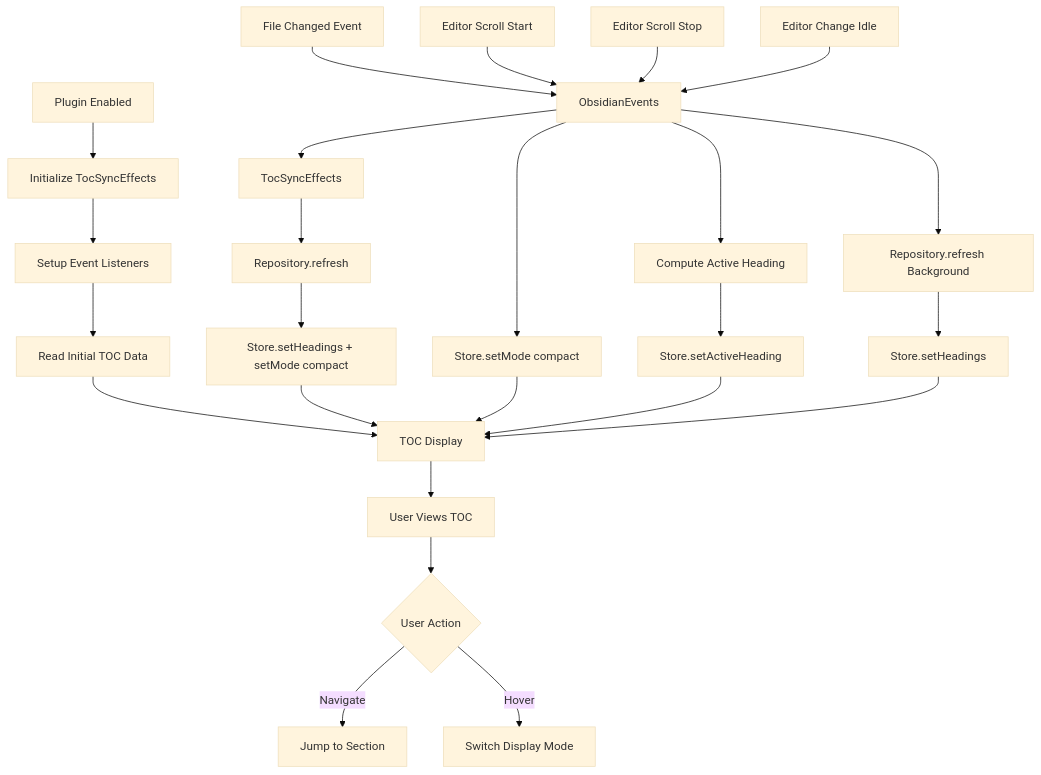
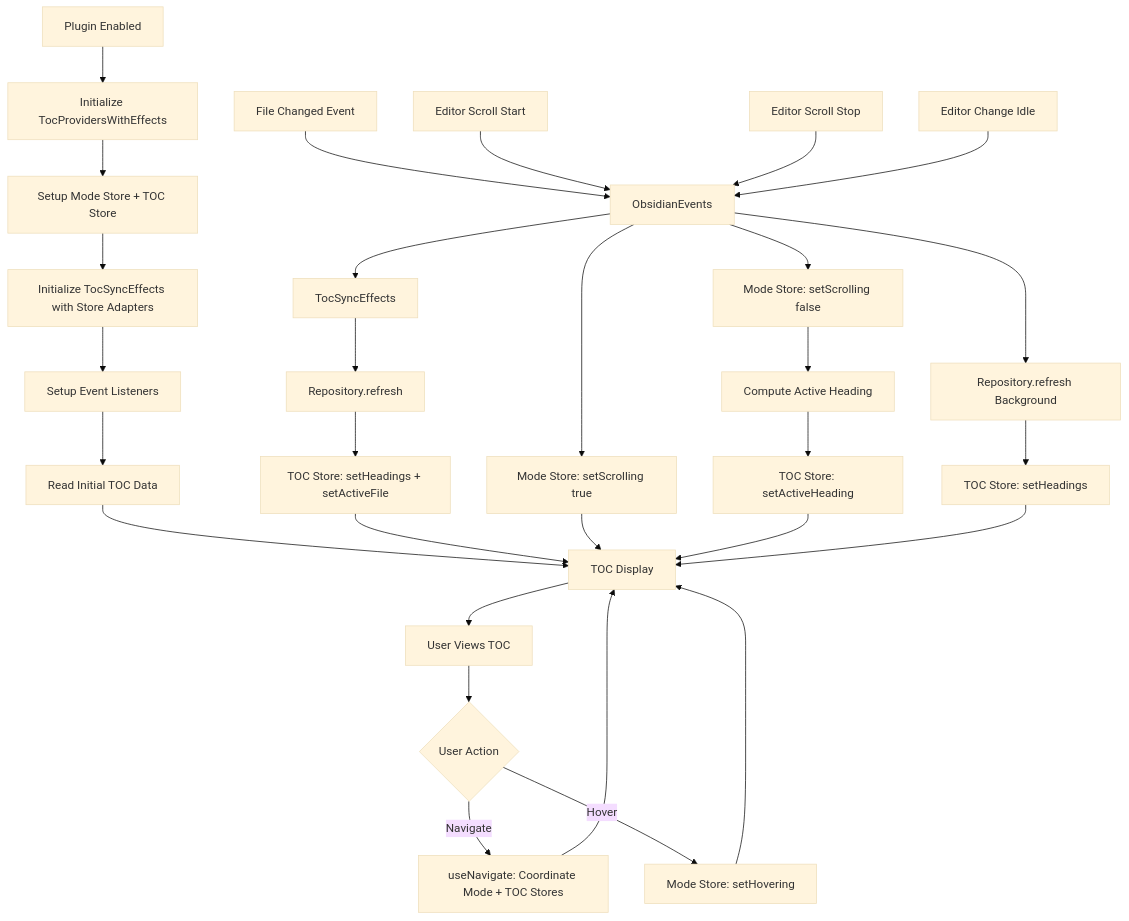
The diagram in doc/specs/float_toc/architecture.md (liux4989/MDViewer), drawn with Mermaid (base theme) before and after one commit. The commit also changed other lines of this file and 30 other files, not shown here.

````diff
--- a/doc/specs/float_toc/architecture.md
+++ b/doc/specs/float_toc/architecture.md
@@ -198,32 +280,37 @@
 ```mermaid
 flowchart TD
-    A[Plugin Enabled] --> B[Initialize TocSyncEffects]
-    B --> C[Setup Event Listeners]
-    C --> D[Read Initial TOC Data]
-    D --> E[TOC Display]
+    A[Plugin Enabled] --> B[Initialize TocProvidersWithEffects]
+    B --> C[Setup Mode Store + TOC Store]
+    C --> D[Initialize TocSyncEffects with Store Adapters]
+    D --> E[Setup Event Listeners]
+    E --> F[Read Initial TOC Data]
+    F --> G[TOC Display]
 
-    F[File Changed Event] --> G[ObsidianEvents]
-    G --> H[TocSyncEffects]
-    H --> I[Repository.refresh]
-    I --> J[Store.setHeadings + setMode compact]
-    J --> E
+    H[File Changed Event] --> I[ObsidianEvents]
+    I --> J[TocSyncEffects]
+    J --> K[Repository.refresh]
+    K --> L[TOC Store: setHeadings + setActiveFile]
+    L --> G
 
-    K[Editor Scroll Start] --> G
-    G --> L[Store.setMode compact]
-    L --> E
+    M[Editor Scroll Start] --> I
+    I --> N[Mode Store: setScrolling true]
+    N --> G
 
-    M[Editor Scroll Stop] --> G
-    G --> N[Compute Active Heading]
-    N --> O[Store.setActiveHeading]
-    O --> E
+    O[Editor Scroll Stop] --> I
+    I --> P[Mode Store: setScrolling false]
+    P --> Q[Compute Active Heading]
+    Q --> R[TOC Store: setActiveHeading]
+    R --> G
 
-    P[Editor Change Idle] --> G
-    G --> Q[Repository.refresh Background]
-    Q --> R[Store.setHeadings]
-    R --> E
+    S[Editor Change Idle] --> I
+    I --> T[Repository.refresh Background]
+    T --> U[TOC Store: setHeadings]
+    U --> G
 
-    E --> S[User Views TOC]
-    S --> T{User Action}
-    T -->|Navigate| U[Jump to Section]
-    T -->|Hover| V[Switch Display Mode]
+    G --> V[User Views TOC]
+    V --> W{User Action}
+    W -->|Navigate| X[useNavigate: Coordinate Mode + TOC Stores]
+    W -->|Hover| Y[Mode Store: setHovering]
+    X --> G
+    Y --> G
 ```
````
